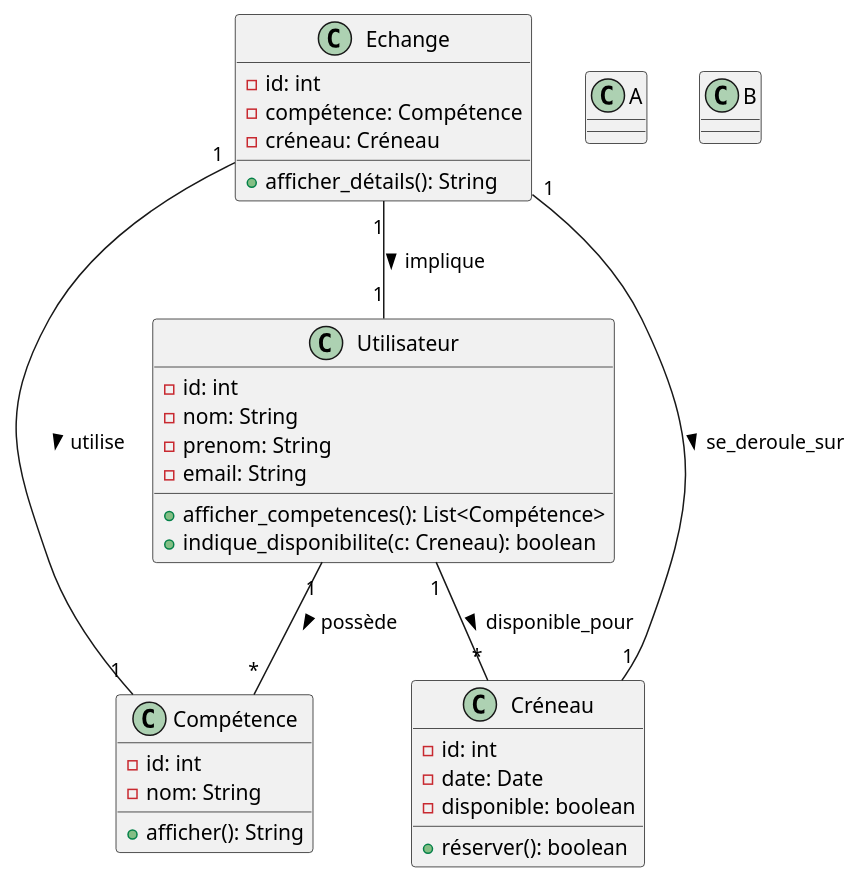
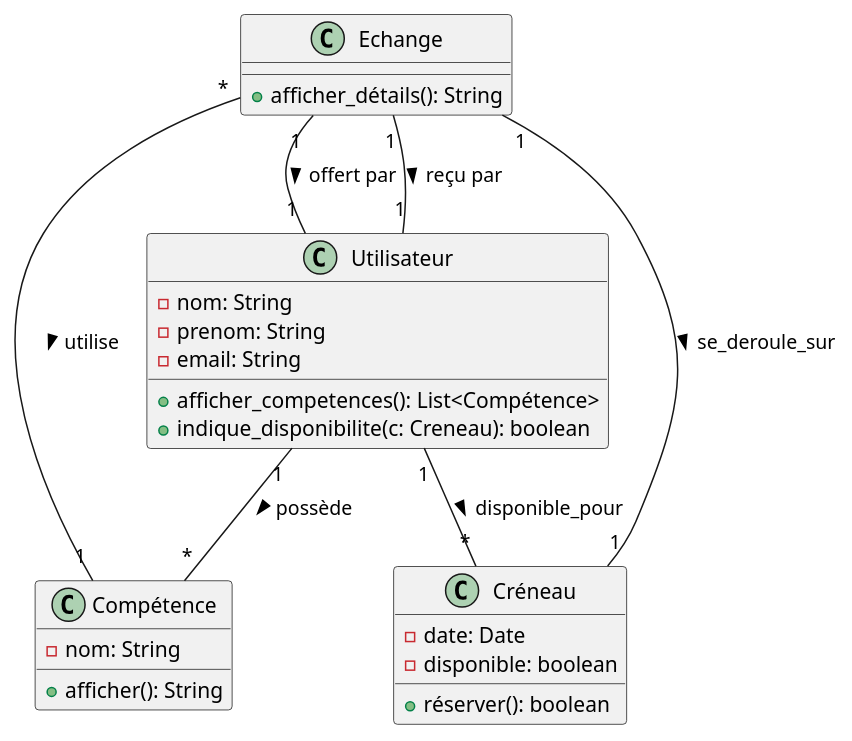
Before and after one commit to ayl001/Eval_2: the diagram in docs/classes.puml, drawn with PlantUML.

Commit message:
Correction du diagramme de classes

```diff
--- a/docs/classes.puml
+++ b/docs/classes.puml
@@ -1,47 +1,32 @@
 @startuml
 class Utilisateur {
-  -id: int
   -nom: String
   -prenom: String
   -email: String
   +afficher_competences(): List<Compétence>
   +indique_disponibilite(c: Creneau): boolean
 }
 
 class Compétence {
-  -id: int
   -nom: String
   +afficher(): String
 }
 
 class Créneau {
-  -id: int
   -date: Date
   -disponible: boolean
   +réserver(): boolean
 }
 
 class Echange {
-  -id: int
-  -compétence: Compétence
-  -créneau: Créneau
   +afficher_détails(): String
 }
 
 Utilisateur "1" -- "*" Compétence : possède >
 Utilisateur "1" -- "*" Créneau : disponible_pour >
-Echange "1" -- "1" Utilisateur : implique >
-Echange "1" -- "1" Compétence : utilise >
+Echange "1" -- "1" Utilisateur : offert par >
+Echange "1" -- "1" Utilisateur : reçu par >
+Echange "*" -- "1" Compétence : utilise >
 Echange "1" -- "1" Créneau : se_deroule_sur >
 
-
-
-class A {
-}
-
-class B {
-}
-
-
-
 @enduml
```
